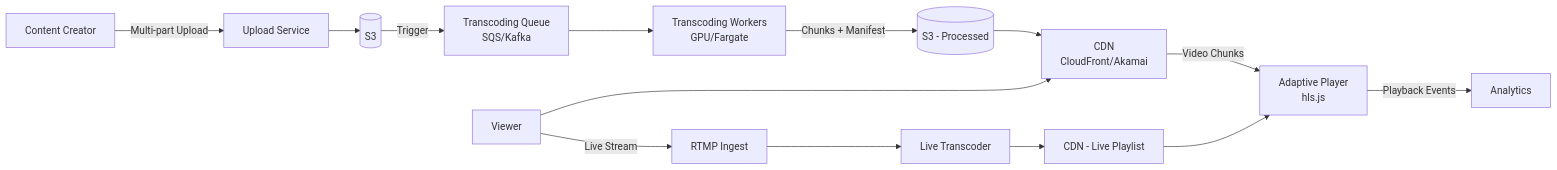
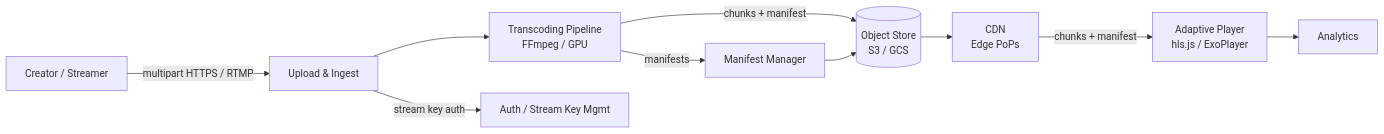
The second of 14 diagrams in docs/system-design/high-level/designing/advanced/video-streaming.md (abhishekghoshh/system-design-helper), drawn with Mermaid before and after one commit. The commit also changed other lines of this file and 107 other files, not shown here.

````diff
--- a/docs/system-design/high-level/designing/advanced/video-streaming.md
+++ b/docs/system-design/high-level/designing/advanced/video-streaming.md
@@ -364,16 +194,12 @@
 ```mermaid
-flowchart LR
-  Creator[Content Creator] -->|Multi-part Upload| UploadSvc[Upload Service]
-  UploadSvc --> ObjectStore[(S3)]
-  ObjectStore -->|Trigger| Queue[Transcoding Queue<br/>SQS/Kafka]
-  Queue --> Workers[Transcoding Workers<br/>GPU/Fargate]
-  Workers -->|Chunks + Manifest| ProcessedStore[(S3 - Processed)]
-  ProcessedStore --> CDN[CDN<br/>CloudFront/Akamai]
-  Viewer[Viewer] --> CDN
-  CDN -->|Video Chunks| Player[Adaptive Player<br/>hls.js]
-  Viewer -->|Live Stream| LiveIngest[RTMP Ingest]
-  LiveIngest --> LiveTranscoder[Live Transcoder]
-  LiveTranscoder --> LiveCDN[CDN - Live Playlist]
-  LiveCDN --> Player
-  Player -->|Playback Events| Analytics[Analytics]
+graph LR
+  A[Creator / Streamer] -->|multipart HTTPS / RTMP| B[Upload & Ingest]
+  B --> C[Transcoding Pipeline<br/>FFmpeg / GPU]
+  C -->|chunks + manifest| D[(Object Store<br/>S3 / GCS)]
+  C -->|manifests| E[Manifest Manager]
+  E --> D
+  D --> F[CDN<br/>Edge PoPs]
+  F -->|chunks + manifest| G[Adaptive Player<br/>hls.js / ExoPlayer]
+  G --> H[Analytics]
+  B -->|stream key auth| I[Auth / Stream Key Mgmt]
 ```
````
